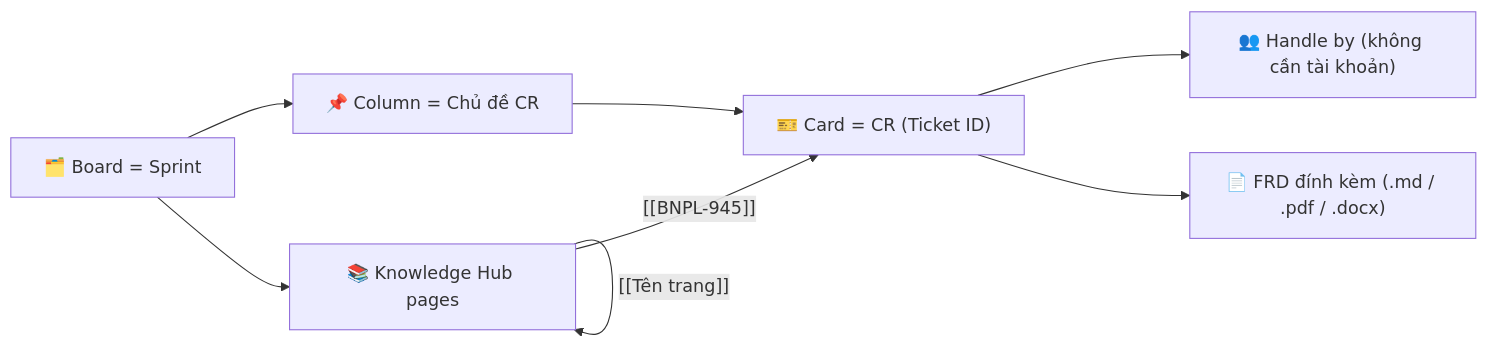
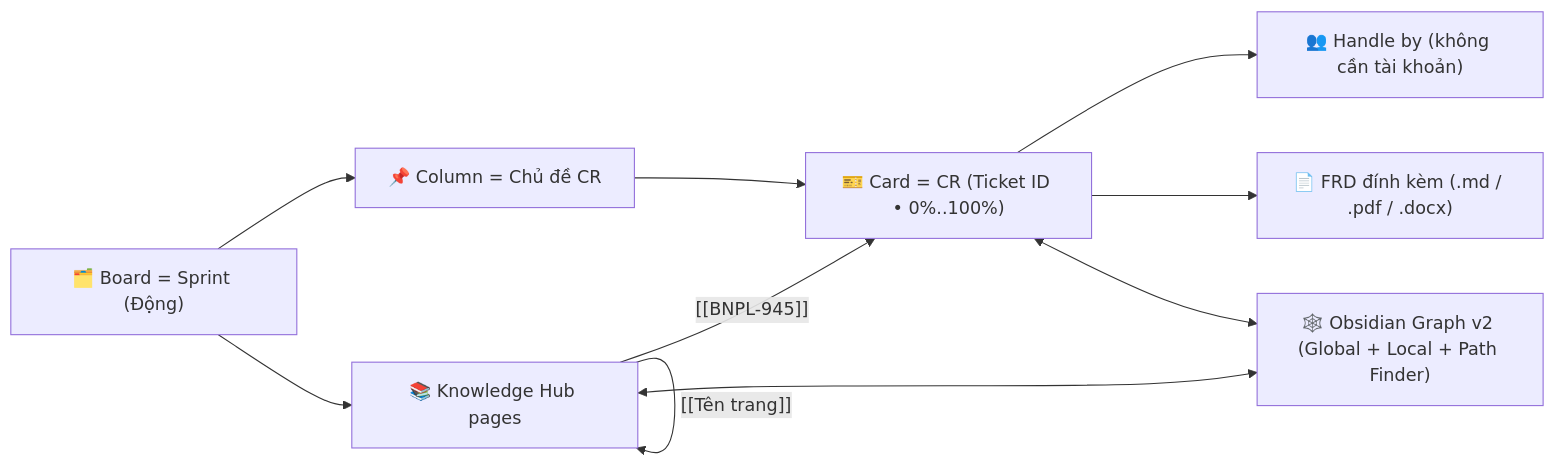
The first of 2 diagrams in README.md (phuckid28/chello-web), drawn with Mermaid before and after one commit. The commit also changed other lines of this file and 71 other files, not shown here.

Commit message:
feat: release Chella v6.0.0 with Obsidian Graph v2, themed cursors & FX engine, 10% step progress, Sprint Pulse, and page transitions

````diff
--- a/README.md
+++ b/README.md
@@ -40,10 +39,12 @@
 ```mermaid
 flowchart LR
-  B["🗂️ Board = Sprint"] --> C["📌 Column = Chủ đề CR"]
-  C --> K["🎫 Card = CR (Ticket ID)"]
+  B["🗂️ Board = Sprint (Động)"] --> C["📌 Column = Chủ đề CR"]
+  C --> K["🎫 Card = CR (Ticket ID • 0%..100%)"]
   K --> H["👥 Handle by (không cần tài khoản)"]
   K --> F["📄 FRD đính kèm (.md / .pdf / .docx)"]
   B --> W["📚 Knowledge Hub pages"]
   W -- "[[BNPL-945]]" --> K
   W -- "[[Tên trang]]" --> W
+  K <--> G["🕸️ Obsidian Graph v2 (Global + Local + Path Finder)"]
+  W <--> G
 ```
````
